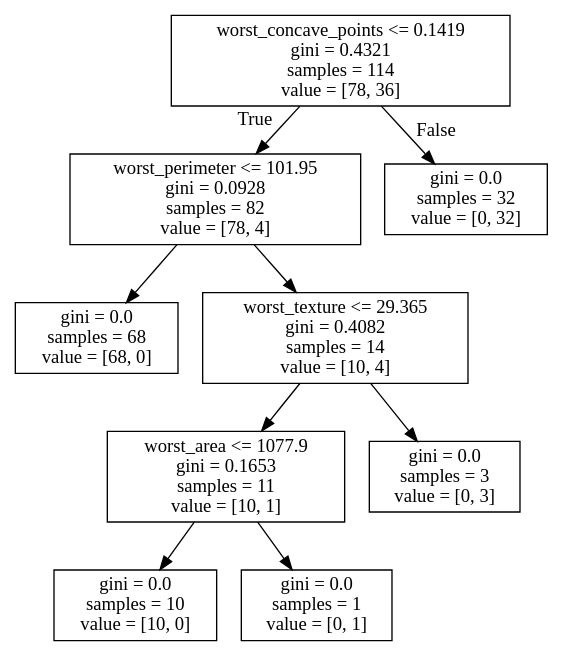
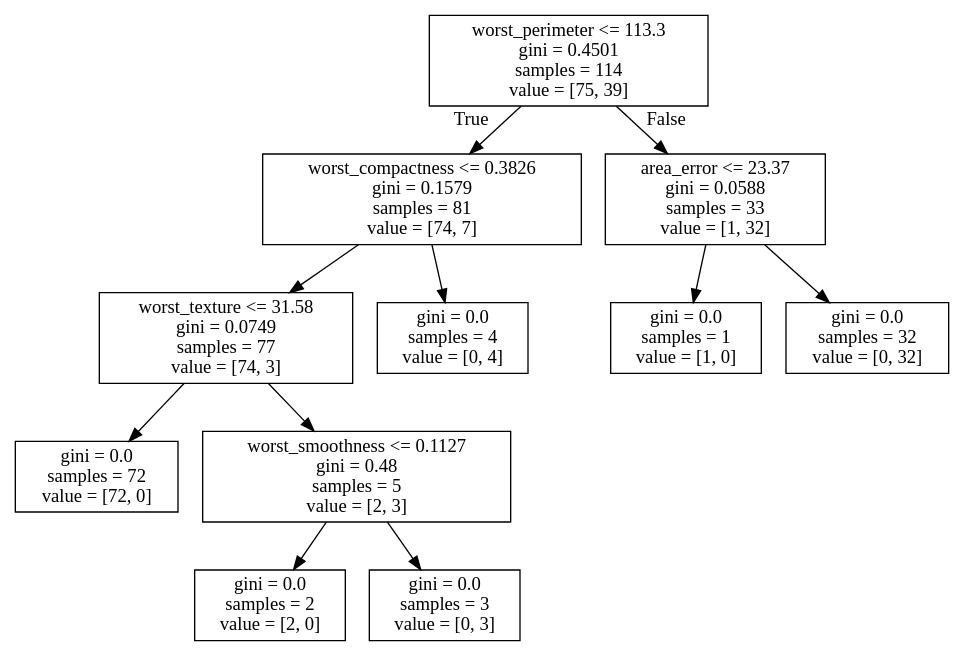
One commit to filga/ML_Sandbox changed the diagram in Breast-Cancer/tree_test.dot. Above: the diagram before and after it, drawn with Graphviz. The commit also changed 5 other files, not shown here.

```diff
--- a/Breast-Cancer/tree_test.dot
+++ b/Breast-Cancer/tree_test.dot
@@ -1,20 +1,24 @@
 digraph Tree {
 node [shape=box] ;
-0 [label="worst_concave_points <= 0.1419\ngini = 0.4321\nsamples = 114\nvalue = [78, 36]"] ;
-1 [label="worst_perimeter <= 101.95\ngini = 0.0928\nsamples = 82\nvalue = [78, 4]"] ;
+0 [label="worst_perimeter <= 113.3\ngini = 0.4501\nsamples = 114\nvalue = [75, 39]"] ;
+1 [label="worst_compactness <= 0.3826\ngini = 0.1579\nsamples = 81\nvalue = [74, 7]"] ;
 0 -> 1 [labeldistance=2.5, labelangle=45, headlabel="True"] ;
-2 [label="gini = 0.0\nsamples = 68\nvalue = [68, 0]"] ;
+2 [label="worst_texture <= 31.58\ngini = 0.0749\nsamples = 77\nvalue = [74, 3]"] ;
 1 -> 2 ;
-3 [label="worst_texture <= 29.365\ngini = 0.4082\nsamples = 14\nvalue = [10, 4]"] ;
-1 -> 3 ;
-4 [label="worst_area <= 1077.9\ngini = 0.1653\nsamples = 11\nvalue = [10, 1]"] ;
-3 -> 4 ;
-5 [label="gini = 0.0\nsamples = 10\nvalue = [10, 0]"] ;
+3 [label="gini = 0.0\nsamples = 72\nvalue = [72, 0]"] ;
+2 -> 3 ;
+4 [label="worst_smoothness <= 0.1127\ngini = 0.48\nsamples = 5\nvalue = [2, 3]"] ;
+2 -> 4 ;
+5 [label="gini = 0.0\nsamples = 2\nvalue = [2, 0]"] ;
 4 -> 5 ;
-6 [label="gini = 0.0\nsamples = 1\nvalue = [0, 1]"] ;
+6 [label="gini = 0.0\nsamples = 3\nvalue = [0, 3]"] ;
 4 -> 6 ;
-7 [label="gini = 0.0\nsamples = 3\nvalue = [0, 3]"] ;
-3 -> 7 ;
-8 [label="gini = 0.0\nsamples = 32\nvalue = [0, 32]"] ;
+7 [label="gini = 0.0\nsamples = 4\nvalue = [0, 4]"] ;
+1 -> 7 ;
+8 [label="area_error <= 23.37\ngini = 0.0588\nsamples = 33\nvalue = [1, 32]"] ;
 0 -> 8 [labeldistance=2.5, labelangle=-45, headlabel="False"] ;
+9 [label="gini = 0.0\nsamples = 1\nvalue = [1, 0]"] ;
+8 -> 9 ;
+10 [label="gini = 0.0\nsamples = 32\nvalue = [0, 32]"] ;
+8 -> 10 ;
 }
```
